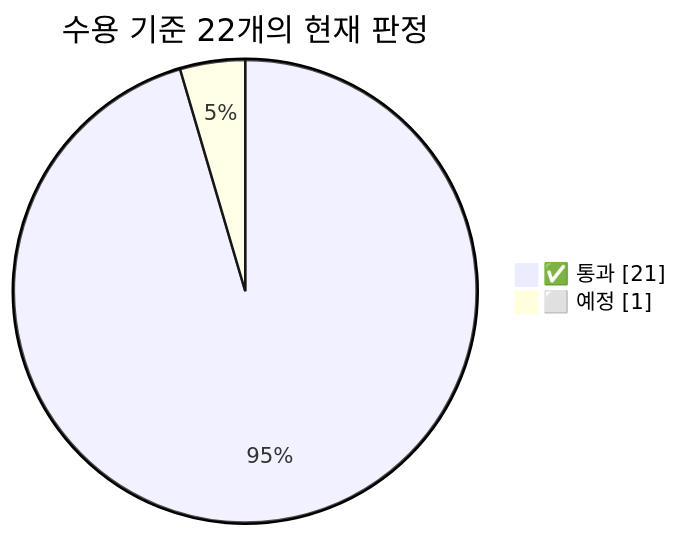
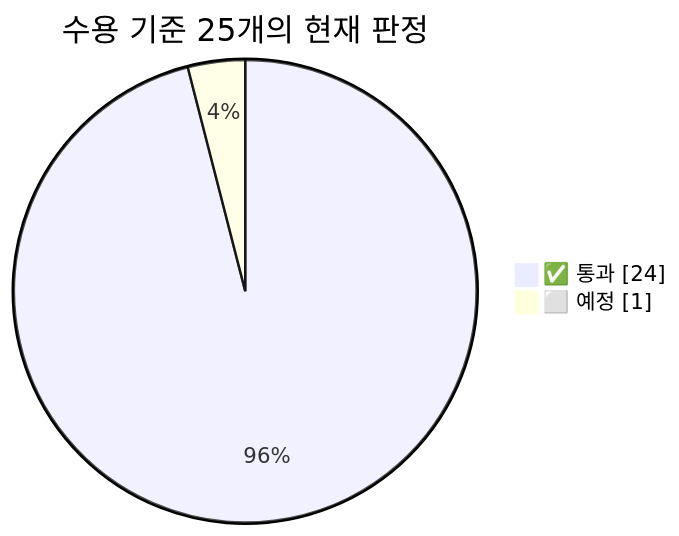
The fourth of 6 diagrams in docs/SPEC.md (Youngmin17/TriCast), drawn with Mermaid before and after one commit. The commit also changed other lines of this file and 4 other files, not shown here.

````diff
--- a/docs/SPEC.md
+++ b/docs/SPEC.md
@@ -450,6 +453,6 @@
 ```mermaid
 pie showData
-    title 수용 기준 22개의 현재 판정
-    "✅ 통과" : 21
+    title 수용 기준 25개의 현재 판정
+    "✅ 통과" : 24
     "⬜ 예정" : 1
 ```
````
